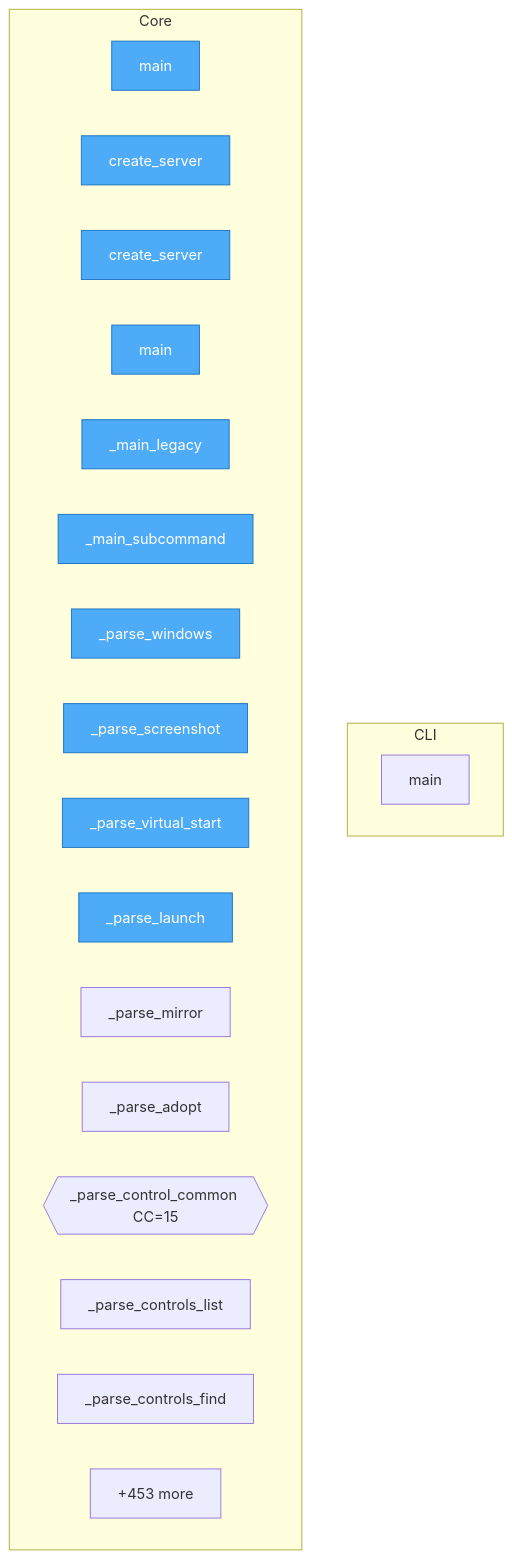
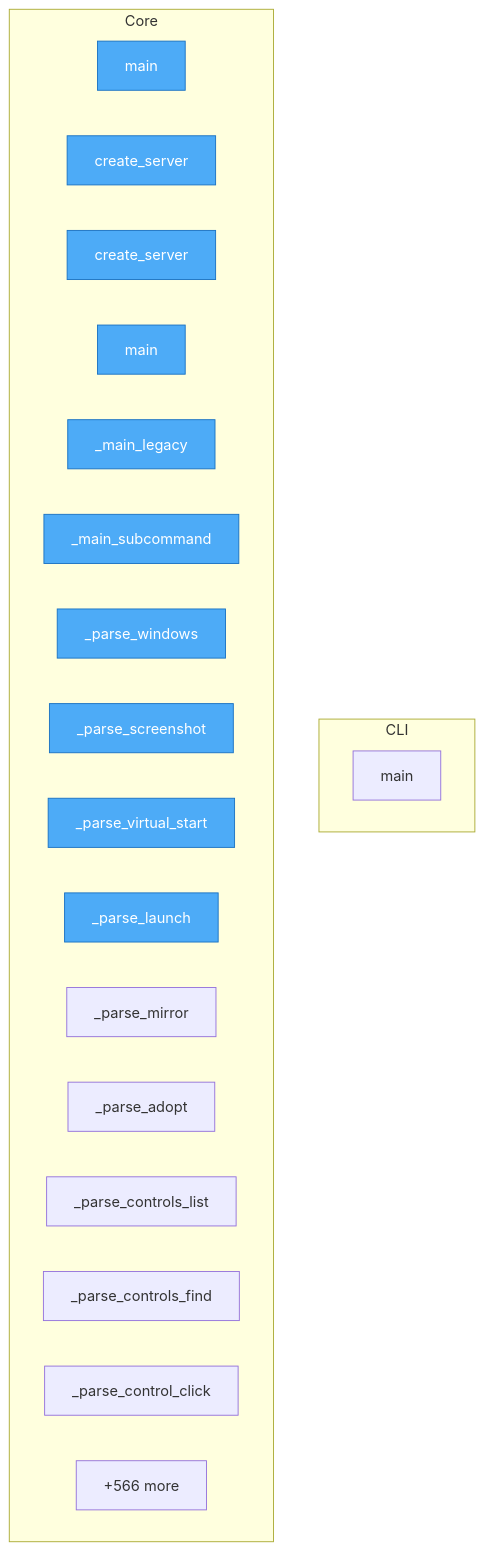
The diagram in project/flow.mmd (wronai/vdisplay), drawn with Mermaid before and after one commit. The commit also changed 132 other files, not shown here.

```diff
--- a/project/flow.mmd
+++ b/project/flow.mmd
@@ -1,30 +1,30 @@
 flowchart TD
-%% generated in 0.03s
+%% generated in 0.10s
 
     %% Entry points (blue)
     classDef entry fill:#4dabf7,stroke:#1971c2,color:#fff
 
     subgraph CLI
         packages__cli2vdisplay__src__cli2vdisplay__cli__main["main"]
     end
 
     subgraph Core
         packages__mcp2vdisplay__src__mcp2vdisplay__cli__main["main"]
         packages__mcp2vdisplay__src__mcp2vdisplay__cli__create_server["create_server"]
         packages__mcp2vdisplay__src__mcp2vdisplay__server__create_server["create_server"]
         packages__dsl2vdisplay__src__dsl2vdisplay__cli__main["main"]
         packages__dsl2vdisplay__src__dsl2vdisplay__cli___main_legacy["_main_legacy"]
         packages__dsl2vdisplay__src__dsl2vdisplay__cli___main_subcommand["_main_subcommand"]
         packages__dsl2vdisplay__src__dsl2vdisplay__grammar___parse_windows["_parse_windows"]
         packages__dsl2vdisplay__src__dsl2vdisplay__grammar___parse_screenshot["_parse_screenshot"]
         packages__dsl2vdisplay__src__dsl2vdisplay__grammar___parse_virtual_start["_parse_virtual_start"]
         packages__dsl2vdisplay__src__dsl2vdisplay__grammar___parse_launch["_parse_launch"]
         packages__dsl2vdisplay__src__dsl2vdisplay__grammar___parse_mirror["_parse_mirror"]
         packages__dsl2vdisplay__src__dsl2vdisplay__grammar___parse_adopt["_parse_adopt"]
-        packages__dsl2vdisplay__src__dsl2vdisplay__grammar___parse_control_common{{_parse_control_common CC=15}}
         packages__dsl2vdisplay__src__dsl2vdisplay__grammar___parse_controls_list["_parse_controls_list"]
         packages__dsl2vdisplay__src__dsl2vdisplay__grammar___parse_controls_find["_parse_controls_find"]
-        ...["+453 more"]
+        packages__dsl2vdisplay__src__dsl2vdisplay__grammar___parse_control_click["_parse_control_click"]
+        ...["+566 more"]
     end
 
     class packages__mcp2vdisplay__src__mcp2vdisplay__cli__main,packages__mcp2vdisplay__src__mcp2vdisplay__cli__create_server,packages__mcp2vdisplay__src__mcp2vdisplay__server__create_server,packages__dsl2vdisplay__src__dsl2vdisplay__cli__main,packages__dsl2vdisplay__src__dsl2vdisplay__cli___main_legacy,packages__dsl2vdisplay__src__dsl2vdisplay__cli___main_subcommand,packages__dsl2vdisplay__src__dsl2vdisplay__grammar___parse_windows,packages__dsl2vdisplay__src__dsl2vdisplay__grammar___parse_screenshot,packages__dsl2vdisplay__src__dsl2vdisplay__grammar___parse_virtual_start,packages__dsl2vdisplay__src__dsl2vdisplay__grammar___parse_launch entry
```
